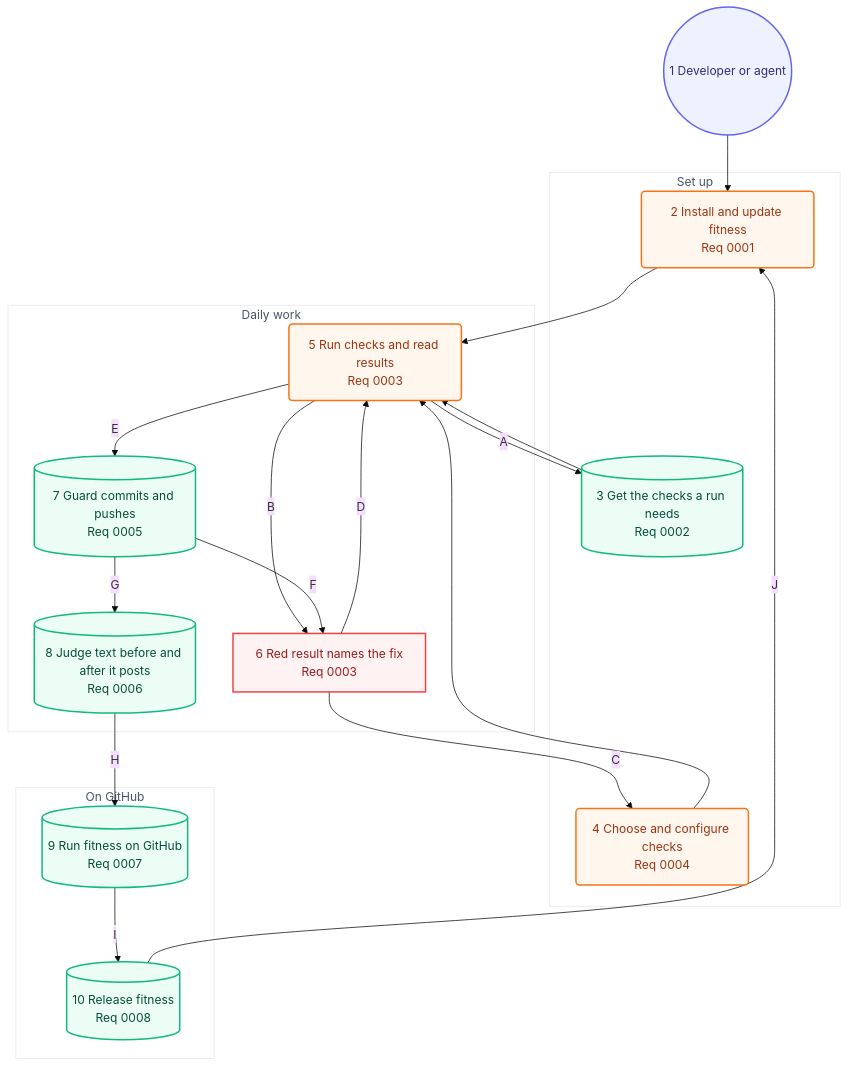
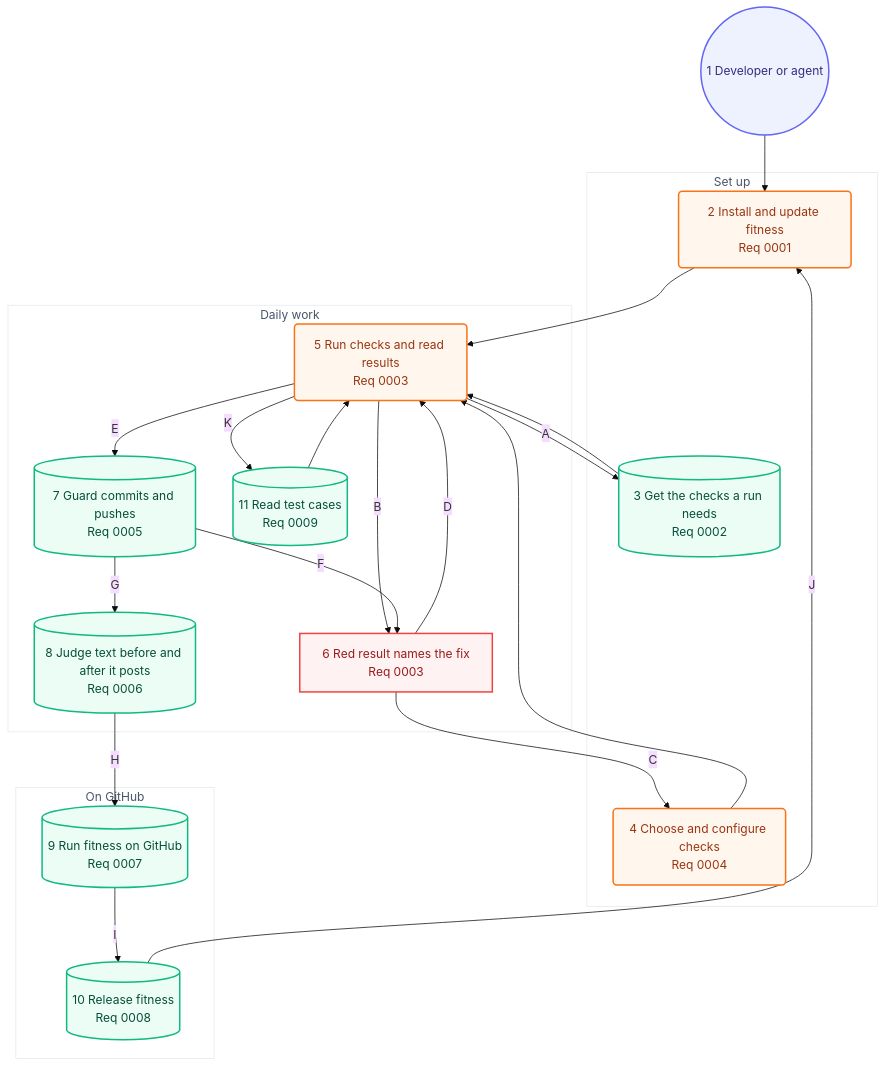
One commit to may-journal/fitness-runner changed the second of 2 diagrams in docs/architecture/05-user-journey.md. Above: the diagram before and after it, drawn with Mermaid (base theme). The commit also changed other lines of this file and 11 other files, not shown here.

````diff
--- a/docs/architecture/05-user-journey.md
+++ b/docs/architecture/05-user-journey.md
@@ -38,47 +38,50 @@
 ```mermaid
 flowchart TB
     dev((1 Developer or agent)):::persona
 
     subgraph setup["Set up"]
         install(2 Install and update fitness<br/>Req 0001):::action
         checks[(3 Get the checks a run needs<br/>Req 0002)]:::system
         configure(4 Choose and configure checks<br/>Req 0004):::action
     end
 
     subgraph daily["Daily work"]
         run(5 Run checks and read results<br/>Req 0003):::action
         red[6 Red result names the fix<br/>Req 0003]:::blocked
         guard[(7 Guard commits and pushes<br/>Req 0005)]:::system
         judge[(8 Judge text before and after it posts<br/>Req 0006)]:::system
+        cases[(11 Read test cases<br/>Req 0009)]:::system
     end
 
     subgraph github["On GitHub"]
         actions[(9 Run fitness on GitHub<br/>Req 0007)]:::system
         release[(10 Release fitness<br/>Req 0008)]:::system
     end
 
     dev --> install
     install --> run
     run -->|A| checks
     checks --> run
     run -->|B| red
     red -->|C| configure
     configure --> run
     red -->|D| run
     run -->|E| guard
     guard -->|F| red
     guard -->|G| judge
     judge -->|H| actions
     actions -->|I| release
     release -->|J| install
+    run -->|K| cases
+    cases --> run
 
     classDef persona fill:#eef2ff,stroke:#6366f1,color:#312e81,stroke-width:2px
     classDef screen fill:#f8fafc,stroke:#64748b,color:#1e293b,stroke-width:2px
     classDef action fill:#fff7ed,stroke:#f97316,color:#9a3412,stroke-width:2px
     classDef system fill:#ecfdf5,stroke:#10b981,color:#064e3b,stroke-width:2px
     classDef blocked fill:#fef2f2,stroke:#ef4444,color:#991b1b,stroke-width:2px
 
     style setup fill:#ffffff,stroke:#e2e8f0,color:#475569,stroke-width:1px
     style daily fill:#ffffff,stroke:#e2e8f0,color:#475569,stroke-width:1px
     style github fill:#ffffff,stroke:#e2e8f0,color:#475569,stroke-width:1px
 ```
````
